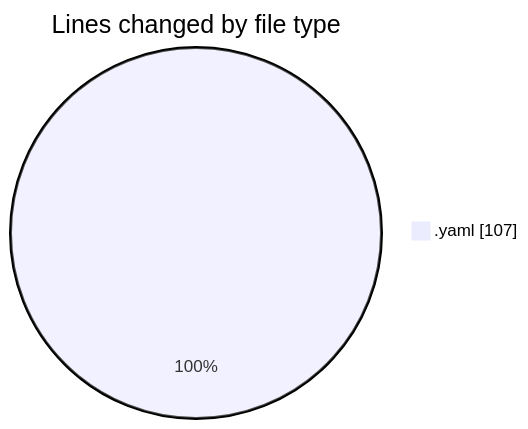
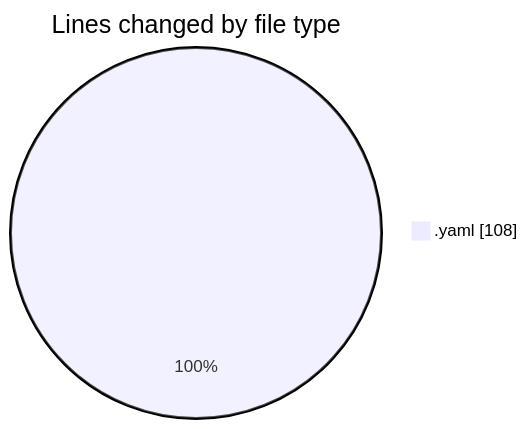
One commit to donsfak/code-tracking changed the first of 2 diagrams in 2025-04-19/trackers_app/README.md. Above: the diagram before and after it, drawn with Mermaid. The commit also changed other lines of this file and 1 other file, not shown here.

````diff
--- a/2025-04-19/trackers_app/README.md
+++ b/2025-04-19/trackers_app/README.md
@@ -20,5 +20,5 @@
 ```mermaid
 pie showData
 title Lines changed by file type
-".yaml" : 107
+".yaml" : 108
 ```
````
